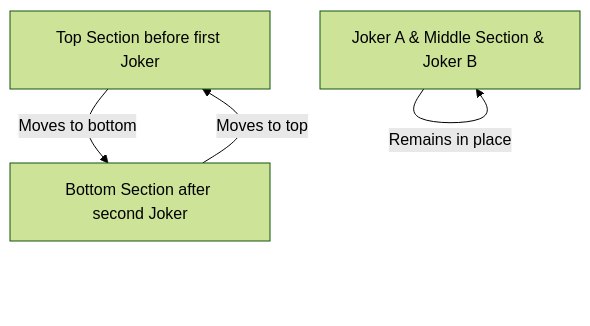
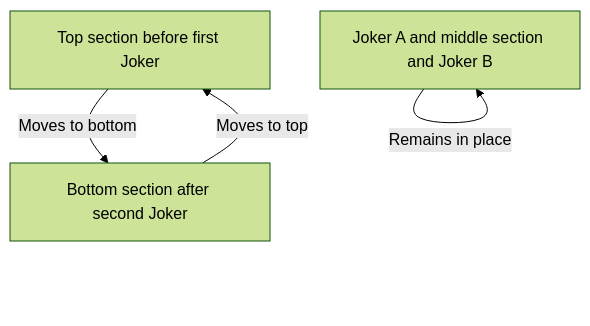
Before and after one commit to CentralArkansasHackers/Pontifex: the second of 3 diagrams in README.md, drawn with Mermaid (forest theme). The commit also changed other lines of this file, not shown here.

Commit message:
fixed readme diagrams

````diff
--- a/README.md
+++ b/README.md
@@ -50,6 +58,6 @@
 ```mermaid
 graph TD;
-    A[Top Section before first Joker] -->|Moves to bottom| C[Bottom Section after second Joker]
-    B[Joker A & Middle Section & Joker B] -->|Remains in place| B
+    A[Top section before first Joker] -->|Moves to bottom| C[Bottom section after second Joker]
+    B[Joker A and middle section and Joker B] -->|Remains in place| B
     C -->|Moves to top| A
 ```
````
